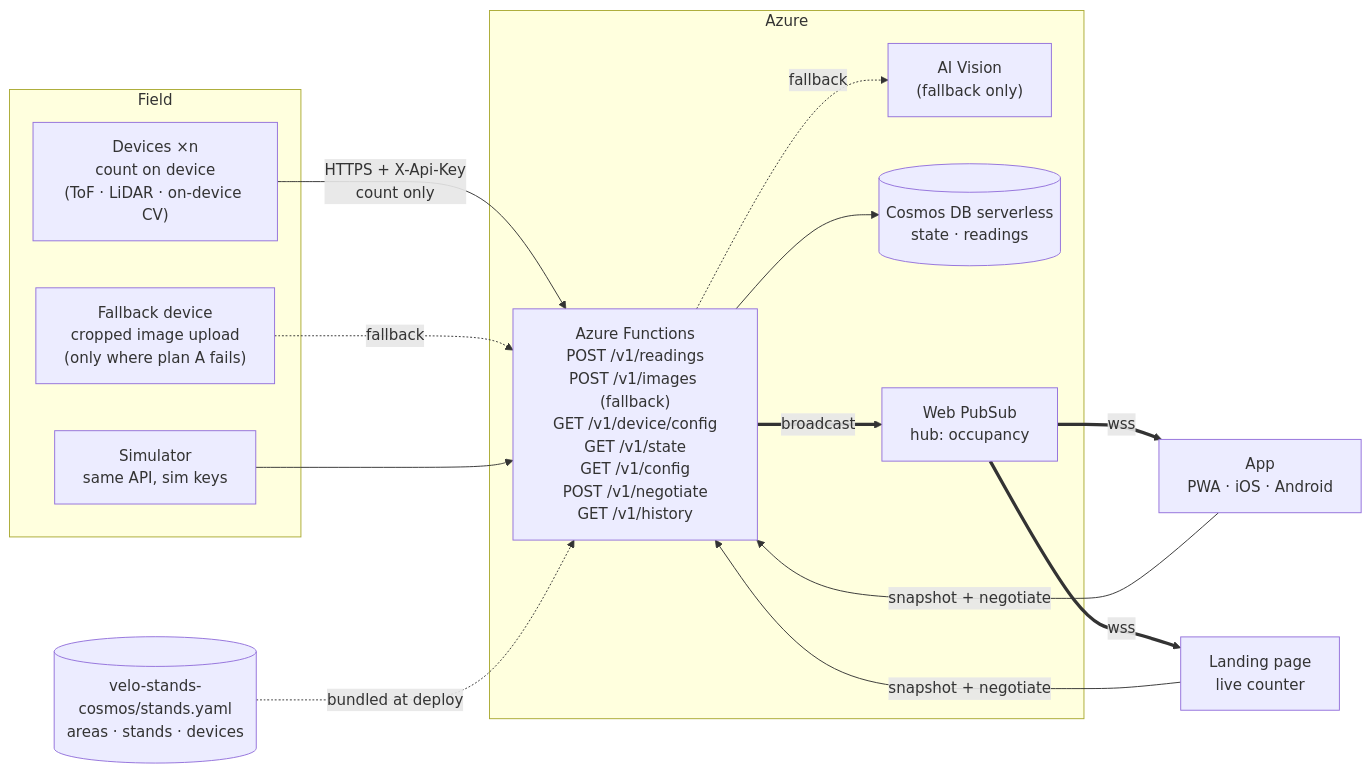
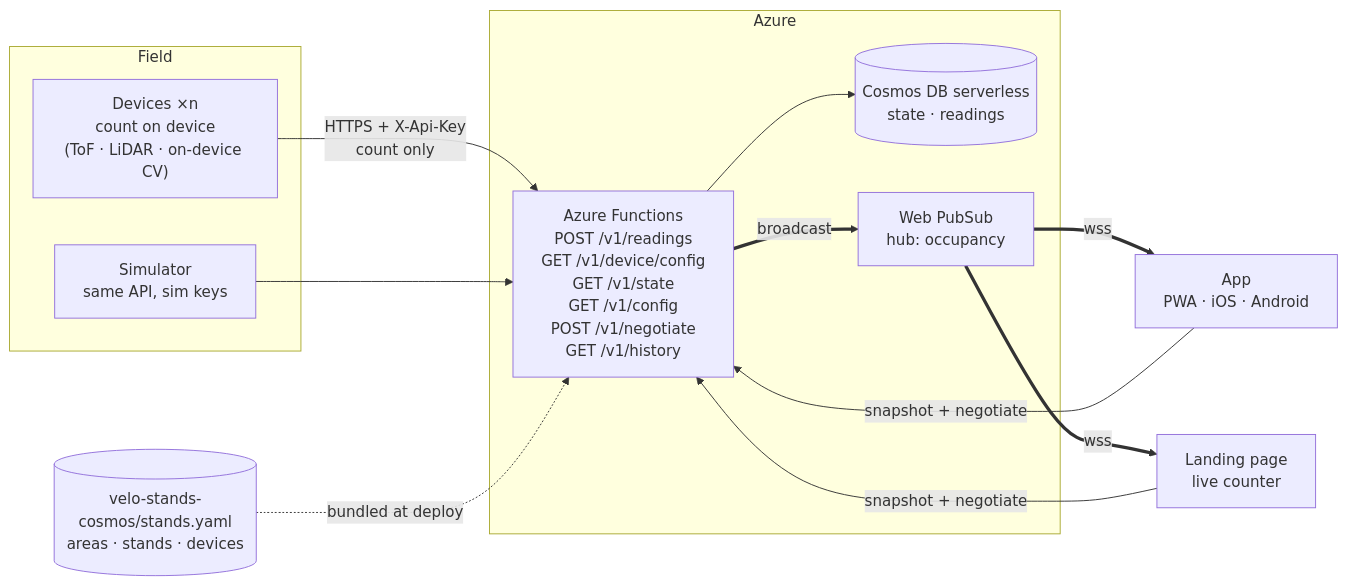
Before and after one commit to The-Booligans/slotinvaders: the first of 2 diagrams in documentation/architecture.md, drawn with Mermaid. The commit also changed other lines of this file and 23 other files, not shown here.

````diff
--- a/documentation/architecture.md
+++ b/documentation/architecture.md
@@ -42,29 +38,25 @@
 ```mermaid
 flowchart LR
   subgraph Field
     D["Devices ×n<br/>count on device<br/>(ToF · LiDAR · on-device CV)"]
-    DF["Fallback device<br/>cropped image upload<br/>(only where plan A fails)"]
     S["Simulator<br/>same API, sim keys"]
   end
   C[("velo-stands-cosmos/stands.yaml<br/>areas · stands · devices")]
   subgraph Azure
-    F["Azure Functions<br/>POST /v1/readings<br/>POST /v1/images (fallback)<br/>GET /v1/device/config<br/>GET /v1/state<br/>GET /v1/config<br/>POST /v1/negotiate<br/>GET /v1/history"]
-    V["AI Vision<br/>(fallback only)"]
+    F["Azure Functions<br/>POST /v1/readings<br/>GET /v1/device/config<br/>GET /v1/state<br/>GET /v1/config<br/>POST /v1/negotiate<br/>GET /v1/history"]
     DB[("Cosmos DB serverless<br/>state · readings")]
     P["Web PubSub<br/>hub: occupancy"]
   end
   A["App<br/>PWA · iOS · Android"]
   L["Landing page<br/>live counter"]
 
   D -- "HTTPS + X-Api-Key<br/>count only" --> F
-  DF -. fallback .-> F
   S --> F
   C -. bundled at deploy .-> F
-  F -. fallback .-> V
   F --> DB
   F == broadcast ==> P
   P == wss ==> A
   P == wss ==> L
   A -- "snapshot + negotiate" --> F
   L -- "snapshot + negotiate" --> F
 ```
````
